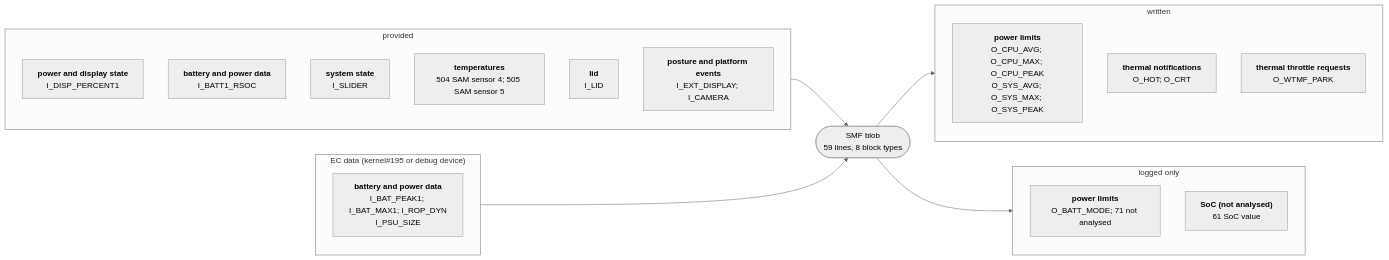
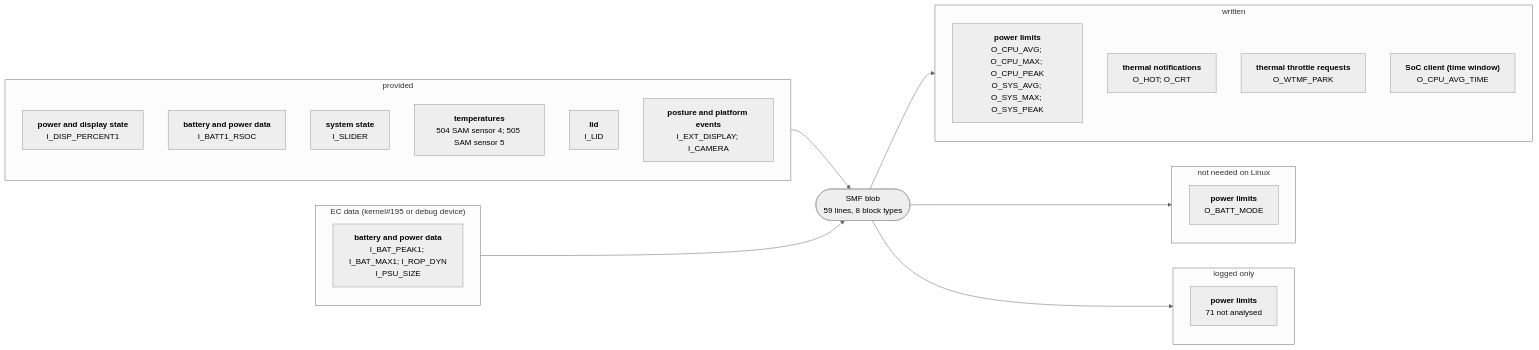
One commit to larsschellhas/linux-surface-power changed the diagram in docs/devices/surface-go-3.md. Above: the diagram before and after it, drawn with Mermaid (neutral theme). The commit also changed other lines of this file and 42 other files, not shown here.

First line of the commit message:
Remaining Pro 10 outputs: PL1 time window, sensor offset, two not needed

````diff
--- a/docs/devices/surface-go-3.md
+++ b/docs/devices/surface-go-3.md
@@ -19,28 +19,32 @@
 ```mermaid
 flowchart LR
     subgraph IN0["provided"]
         I0_1FB53D4C["<b>power and display state</b><br/>I_DISP_PERCENT1"]
         I0_28B7BD85["<b>battery and power data</b><br/>I_BATT1_RSOC"]
         I0_2DD6960F["<b>system state</b><br/>I_SLIDER"]
         I0_2E8B14C2["<b>temperatures</b><br/>504 SAM sensor 4; 505 SAM sensor 5"]
         I0_5D0EE597["<b>lid</b><br/>I_LID"]
         I0_8060B17F["<b>posture and platform events</b><br/>I_EXT_DISPLAY; I_CAMERA"]
     end
     IN0 --> B
     subgraph IN1["EC data (kernel#195 or debug device)"]
         I1_28B7BD85["<b>battery and power data</b><br/>I_BAT_PEAK1; I_BAT_MAX1; I_ROP_DYN<br/>I_PSU_SIZE"]
     end
     IN1 --> B
     B(["SMF blob<br/>59 lines, 8 block types"])
     subgraph OUT0["written"]
         O0_0B7B5350["<b>power limits</b><br/>O_CPU_AVG; O_CPU_MAX; O_CPU_PEAK<br/>O_SYS_AVG; O_SYS_MAX; O_SYS_PEAK"]
         O0_110DF2A4["<b>thermal notifications</b><br/>O_HOT; O_CRT"]
         O0_9BBB8910["<b>thermal throttle requests</b><br/>O_WTMF_PARK"]
+        O0_CF2F6076["<b>SoC client (time window)</b><br/>O_CPU_AVG_TIME"]
     end
     B --> OUT0
-    subgraph OUT1["logged only"]
-        O1_0B7B5350["<b>power limits</b><br/>O_BATT_MODE; 71 not analysed"]
-        O1_CF2F6076["<b>SoC (not analysed)</b><br/>61 SoC value"]
+    subgraph OUT1["not needed on Linux"]
+        O1_0B7B5350["<b>power limits</b><br/>O_BATT_MODE"]
     end
     B --> OUT1
+    subgraph OUT2["logged only"]
+        O2_0B7B5350["<b>power limits</b><br/>71 not analysed"]
+    end
+    B --> OUT2
 ```
````
